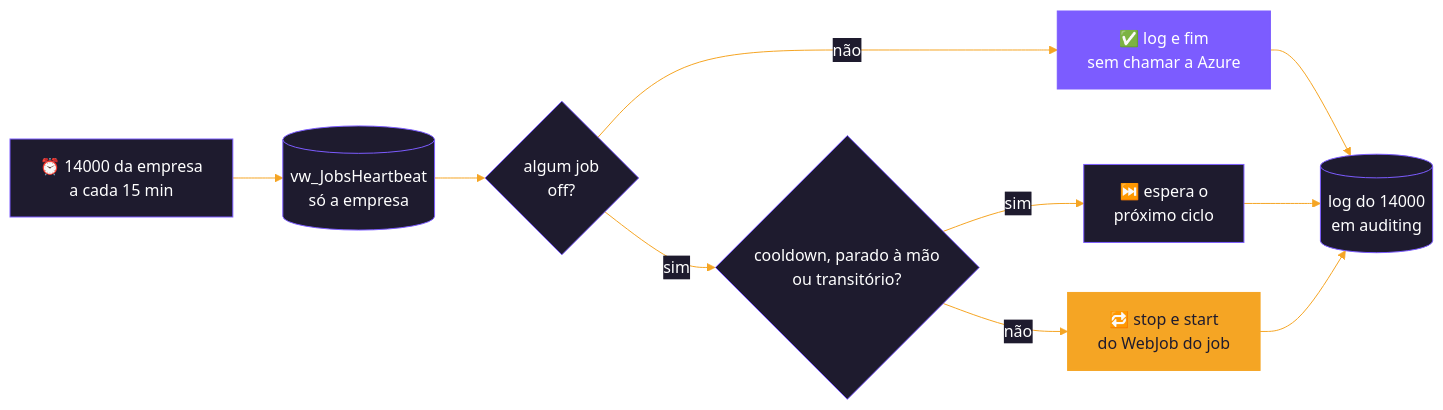
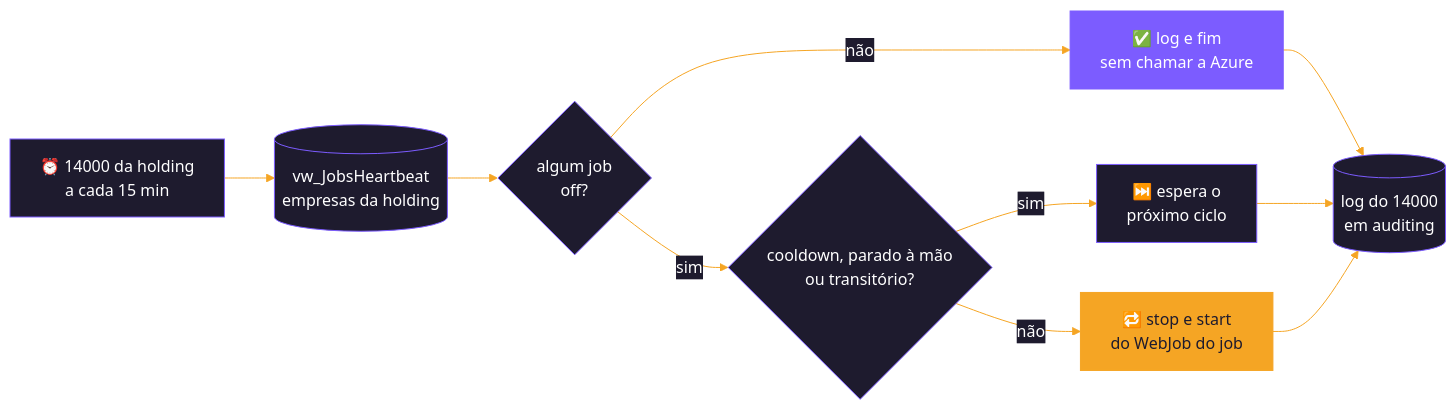
One commit to cayo-kume/extract-transform-load-integrations-system changed the fourth of 4 diagrams in src/Backend/Hosts/WebJob/README.md. Above: the diagram before and after it, drawn with Mermaid. The commit also changed other lines of this file and 121 other files, not shown here.

````diff
--- a/src/Backend/Hosts/WebJob/README.md
+++ b/src/Backend/Hosts/WebJob/README.md
@@ -399,18 +396,18 @@
 ```mermaid
 %%{init: {'theme':'base','themeVariables':{'primaryColor':'#1e1b2e','primaryTextColor':'#ffffff','primaryBorderColor':'#7c5cff','lineColor':'#f5a524','textColor':'#1e1b2e','clusterBkg':'#f5f3ff','clusterBorder':'#7c5cff','titleColor':'#1e1b2e','edgeLabelBackground':'#1e1b2e'}}}%%
 flowchart LR
-    T["⏰ 14000 da empresa<br/>a cada 15 min"] --> HB[("vw_JobsHeartbeat<br/>só a empresa")]
+    T["⏰ 14000 da holding<br/>a cada 15 min"] --> HB[("vw_JobsHeartbeat<br/>empresas da holding")]
     HB --> OFF{"algum job<br/>off?"}
     OFF -- não --> OK["✅ log e fim<br/>sem chamar a Azure"]
     OFF -- sim --> PROT{"cooldown, parado à mão<br/>ou transitório?"}
     PROT -- sim --> WAIT["⏭️ espera o<br/>próximo ciclo"]
     PROT -- não --> RS["🔁 stop e start<br/>do WebJob do job"]
     RS --> LOG[("log do 14000<br/>em auditing")]
     OK --> LOG
     WAIT --> LOG
 
     classDef accent fill:#7c5cff,stroke:#7c5cff,color:#ffffff
     classDef warm fill:#f5a524,stroke:#f5a524,color:#1e1b2e
     class RS warm
     class OK accent
 ```
````
